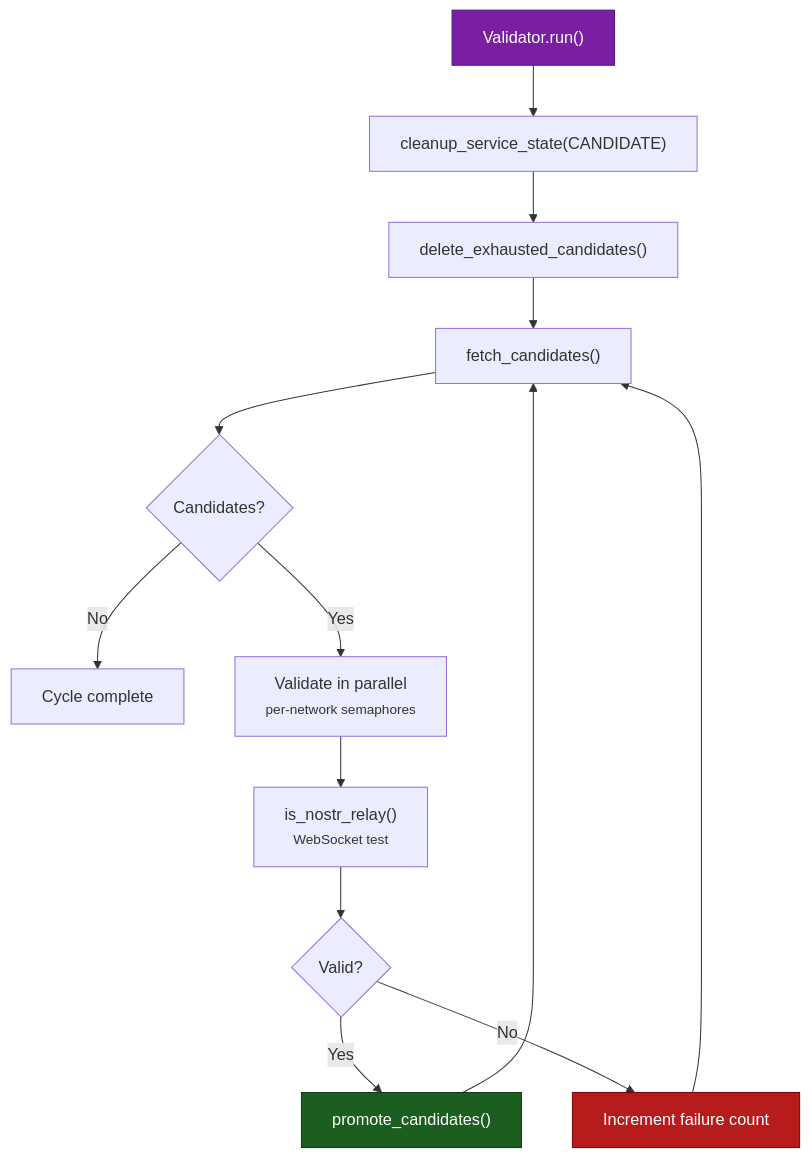
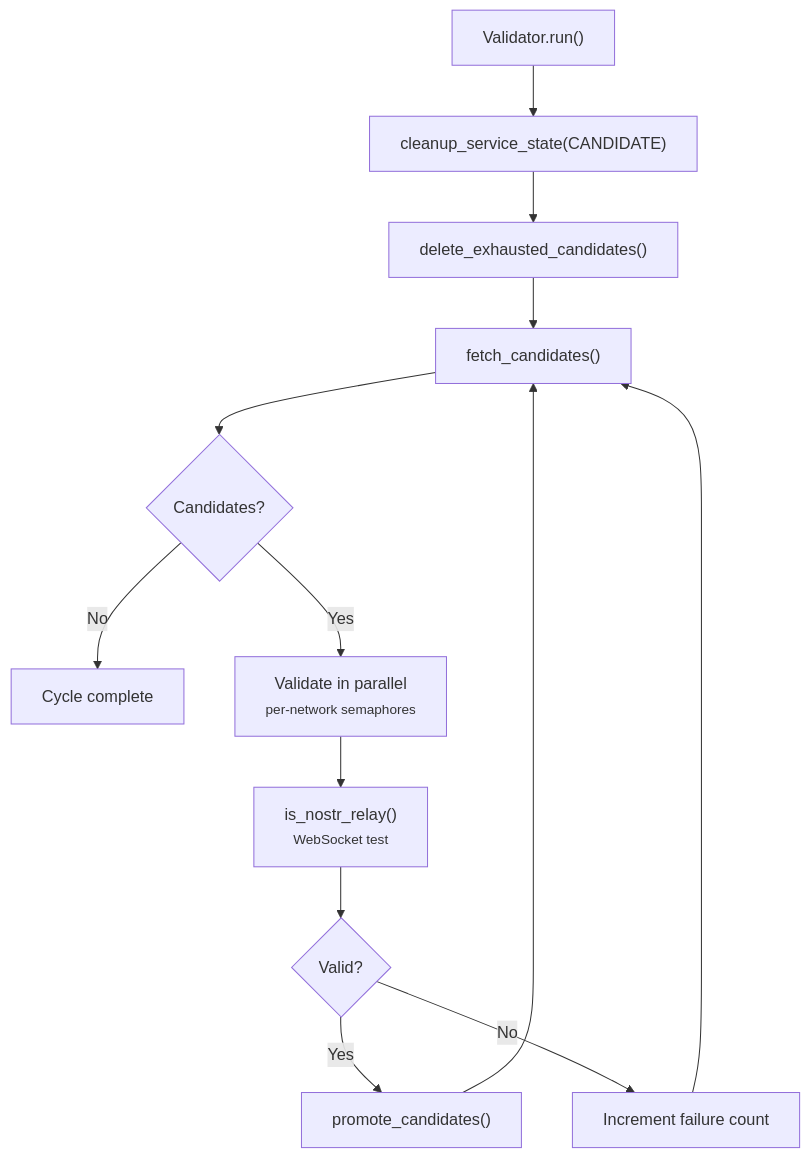
Before and after one commit to BigBrotr/bigbrotr: the third of 5 diagrams in docs/user-guide/services.md, drawn with Mermaid. The commit also changed other lines of this file and 10 other files, not shown here.

````diff
--- a/docs/user-guide/services.md
+++ b/docs/user-guide/services.md
@@ -182,19 +162,16 @@
 ```mermaid
 flowchart TD
     A["Validator.run()"] --> B["cleanup_service_state(CANDIDATE)"]
     B --> C["delete_exhausted_candidates()"]
     C --> D["fetch_candidates()"]
     D --> E{Candidates?}
     E -->|No| F["Cycle complete"]
     E -->|Yes| G["Validate in parallel<br/><small>per-network semaphores</small>"]
     G --> H["is_nostr_relay()<br/><small>WebSocket test</small>"]
     H --> I{Valid?}
     I -->|Yes| J["promote_candidates()"]
     I -->|No| K["Increment failure count"]
     J --> D
     K --> D
 
-    style A fill:#7B1FA2,color:#fff,stroke:#4A148C
-    style J fill:#1B5E20,color:#fff,stroke:#0D3B0F
-    style K fill:#B71C1C,color:#fff,stroke:#7F0000
 ```
````
